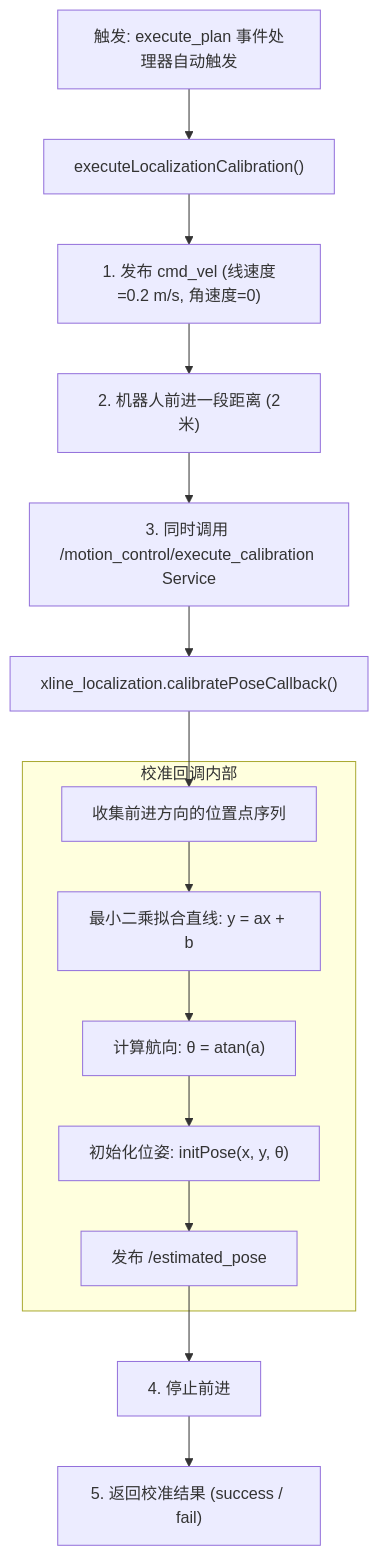
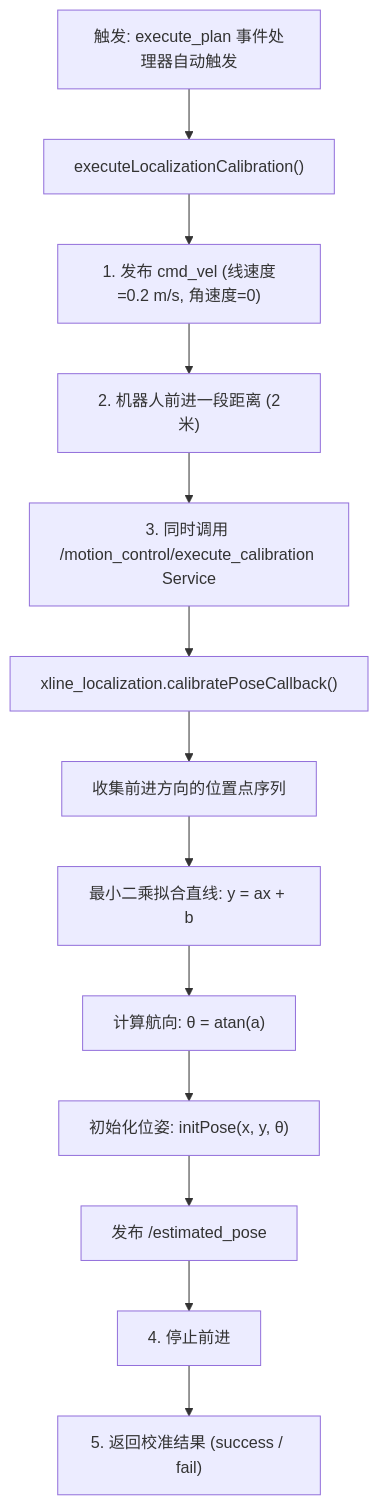
The fifth of 5 diagrams in a_黎伯项目/a__第一版机器相关代码及自述文件/readme/03_完整运行流程.md (monstersjack/obsidian__ubuntu__project), drawn with Mermaid before and after one commit. The commit also changed other lines of this file and 14 other files, not shown here.

````diff
--- a/a_黎伯项目/a__第一版机器相关代码及自述文件/readme/03_完整运行流程.md
+++ b/a_黎伯项目/a__第一版机器相关代码及自述文件/readme/03_完整运行流程.md
@@ -314,20 +415,15 @@
 ```mermaid
 flowchart TD
     A["触发: execute_plan 事件处理器自动触发"] --> B["executeLocalizationCalibration()"]
     B --> C1["1. 发布 cmd_vel (线速度=0.2 m/s, 角速度=0)"]
     C1 --> C2["2. 机器人前进一段距离 (2米)"]
     C2 --> C3["3. 同时调用 /motion_control/execute_calibration Service"]
     C3 --> D["xline_localization.calibratePoseCallback()"]
-
-    subgraph CAL["校准回调内部"]
-        D1["收集前进方向的位置点序列"]
-        D2["最小二乘拟合直线: y = ax + b"]
-        D3["计算航向: θ = atan(a)"]
-        D4["初始化位姿: initPose(x, y, θ)"]
-        D5["发布 /estimated_pose"]
-    end
-    D --> D1 --> D2 --> D3 --> D4 --> D5
-
+    D --> D1["收集前进方向的位置点序列"]
+    D1 --> D2["最小二乘拟合直线: y = ax + b"]
+    D2 --> D3["计算航向: θ = atan(a)"]
+    D3 --> D4["初始化位姿: initPose(x, y, θ)"]
+    D4 --> D5["发布 /estimated_pose"]
     D5 --> E["4. 停止前进"]
     E --> F["5. 返回校准结果 (success / fail)"]
 ```
````
